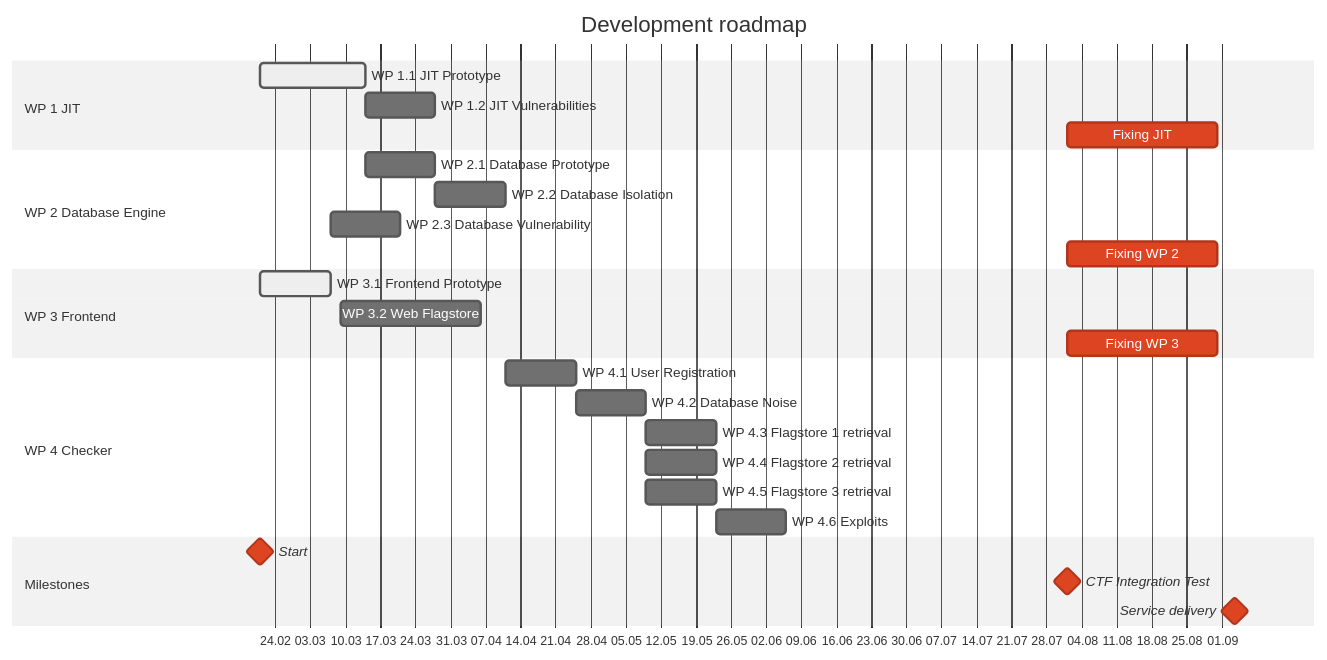
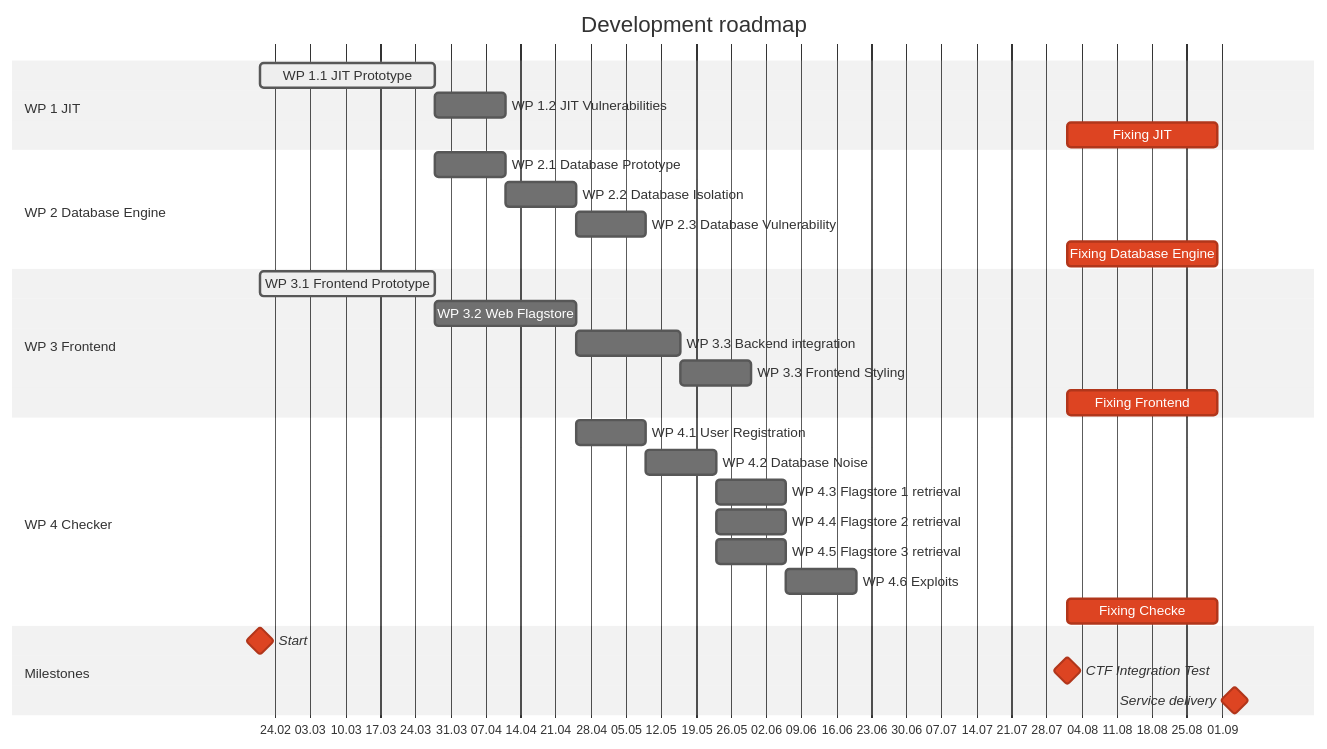
One commit to itsme-zeix/ecsc2025-service-Jitterish changed the diagram in README.md. Above: the diagram before and after it, drawn with Mermaid. The commit also changed other lines of this file, not shown here.

Commit message:
Adjust work package durations again

````diff
--- a/README.md
+++ b/README.md
@@ -217,43 +221,46 @@
 ```mermaid
 %%{
     init: {
         'themeCSS': 'rect[id^=mkb_].task { fill: #c1e0ea; } rect[id^=singlechar_].task { fill: #fffe95; } rect[id^=both_].task { fill: #c1df89; } rect[class*=active] { stroke-width: 3; } rect[class*=milestone] { fill: #f99e8a; } rect[class*=done] { stroke: #888 !important; } text[class*=doneText] { fill: #888 !important; } text[class*=activeText] { animation: blinker 1s linear infinite; font-weight: bold } @keyframes blinker { 50% { opacity: 0.2; } } text[class*=critText]:not([class*=milestoneText], [class*=doneText]) { fill: #fff !important; } text { fill: #222 !important; } .titleText { font-size: 1.5em; }',
         'gantt': {
             'leftPadding': 200,
             'rightPadding': 100
         },
         'theme': 'neutral'
     }
 }%%
 gantt
   title Development roadmap
     dateFormat YYYY-MM-DD
     axisFormat %d.%m
     tickInterval 1week
     weekday monday
     todayMarker on
     section WP 1 JIT
-        WP 1.1 JIT Prototype                        :active, mkb_wp11, after start, 21d
+        WP 1.1 JIT Prototype                        :active, mkb_wp11, after start, 35d
         WP 1.2 JIT Vulnerabilities                  :mkb_wp12, after mkb_wp11, 14d
         Fixing JIT                                  :crit, after ctftest, until end
     section WP 2 Database Engine
         WP 2.1 Database Prototype                   :mkb_wp21, after mkb_wp11, 14d
         WP 2.2 Database Isolation                   :mkb_wp22, after mkb_wp21, 14d
-        WP 2.3 Database Vulnerability               :mkb_wp23, after singlechar_wp31, 14d
-        Fixing WP 2                                 :crit, after ctftest, until end
+        WP 2.3 Database Vulnerability               :mkb_wp23, after mkb_wp22, 14d
+        Fixing Database Engine                      :crit, after ctftest, until end
     section WP 3 Frontend
-        WP 3.1 Frontend Prototype                   :active, singlechar_wp31, after start, 14d
-        WP 3.2 Web Flagstore                        :singlechar_wp32, after singlechar_wp14, 28d
-        Fixing WP 3                                 :crit, after ctftest, until end
+        WP 3.1 Frontend Prototype                   :active, singlechar_wp31, after start, 35d
+        WP 3.2 Web Flagstore                        :singlechar_wp32, after singlechar_wp31, 28d
+        WP 3.3 Backend integration                  :singlechar_wp33, after singlechar_wp32 mkb_wp21 mkb_wp11, 21d
+        WP 3.3 Frontend Styling                     :singlechar_wp34, after singlechar_wp33, 14d
+        Fixing Frontend                             :crit, after ctftest, until end
     section WP 4 Checker
         WP 4.1 User Registration                    :both_wp41, after mkb_wp13 mkb_wp22, 14d
         WP 4.2 Database Noise                       :both_wp42, after both_wp41, 14d
         WP 4.3 Flagstore 1 retrieval                :both_wp43, after both_wp42, 14d
         WP 4.4 Flagstore 2 retrieval                :both_wp44, after both_wp42, 14d
         WP 4.5 Flagstore 3 retrieval                :both_wp45, after both_wp42, 14d
         WP 4.6 Exploits                             :both_wp46, after both_wp45, 14d
+        Fixing Checke                               :crit, after ctftest, until end
     section Milestones
         Start                                       :milestone, crit, start, 2025-02-21, 0d
         CTF Integration Test                        :milestone, crit, ctftest, 2025-08-01, 0d
         Service delivery                            :milestone, crit, end, 2025-08-31, 7d
 ```
````
